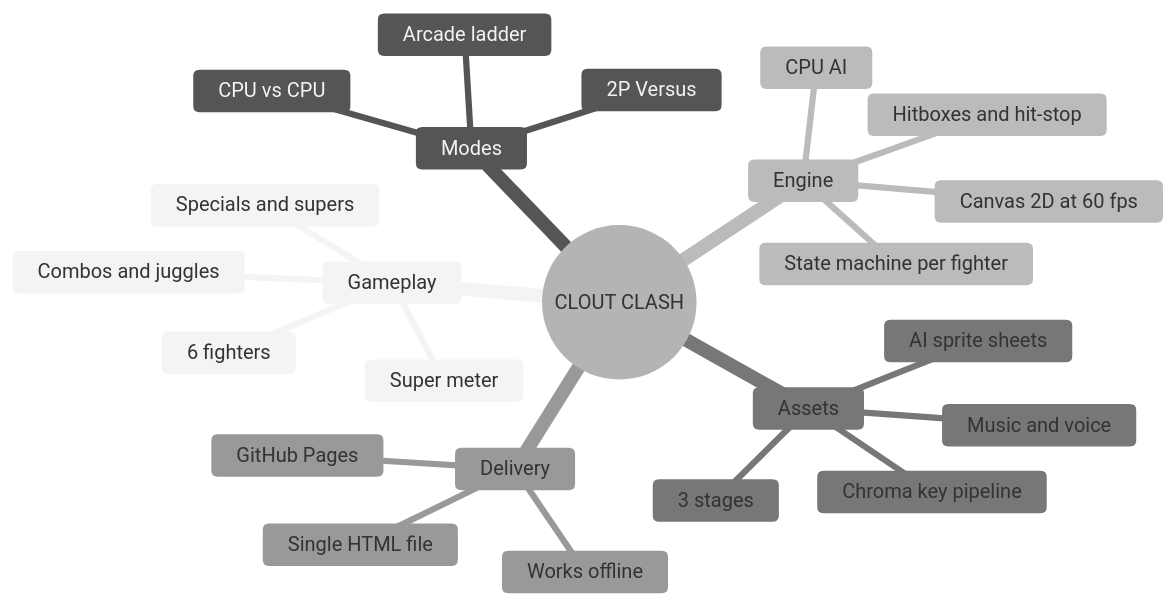
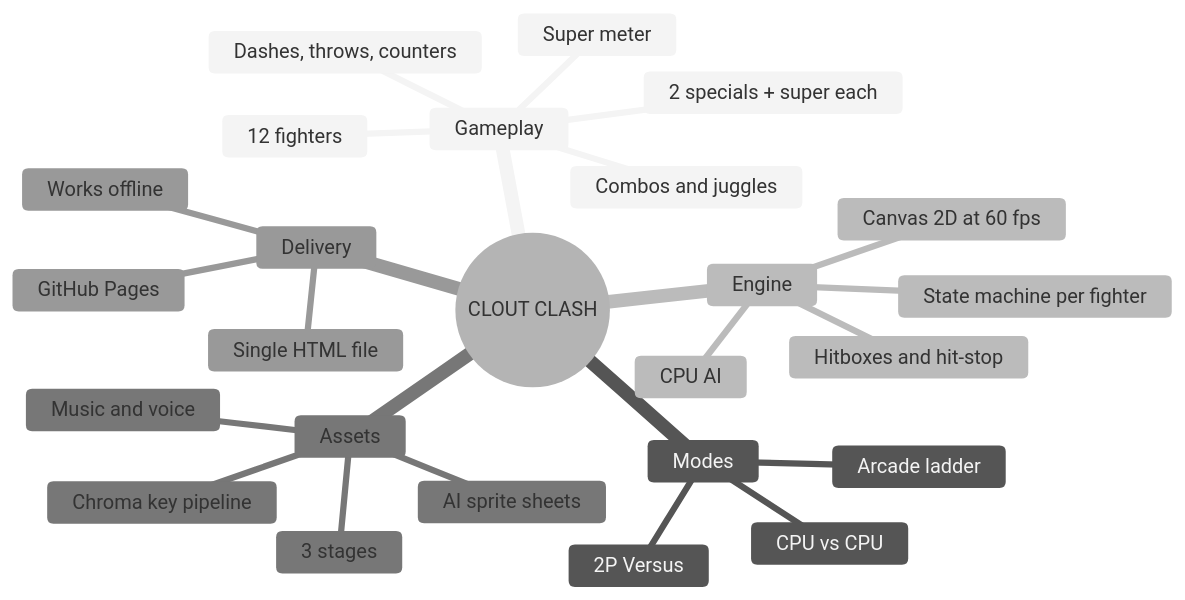
The diagram in README.md (atharvkmore/clout-clash), drawn with Mermaid (neutral theme) before and after one commit. The commit also changed other lines of this file and 12 other files, not shown here.

````diff
--- a/README.md
+++ b/README.md
@@ -81,27 +95,28 @@
 ```mermaid
 mindmap
   root((CLOUT CLASH))
     Gameplay
-      6 fighters
-      Specials and supers
+      12 fighters
+      2 specials + super each
+      Dashes, throws, counters
       Combos and juggles
       Super meter
     Modes
       Arcade ladder
       2P Versus
       CPU vs CPU
     Engine
       Canvas 2D at 60 fps
       State machine per fighter
       Hitboxes and hit-stop
       CPU AI
     Assets
       AI sprite sheets
       Chroma key pipeline
       3 stages
       Music and voice
     Delivery
       Single HTML file
       GitHub Pages
       Works offline
 ```
````
